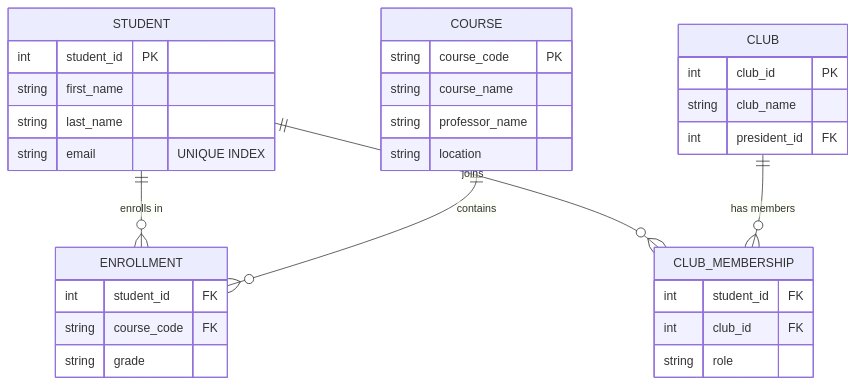
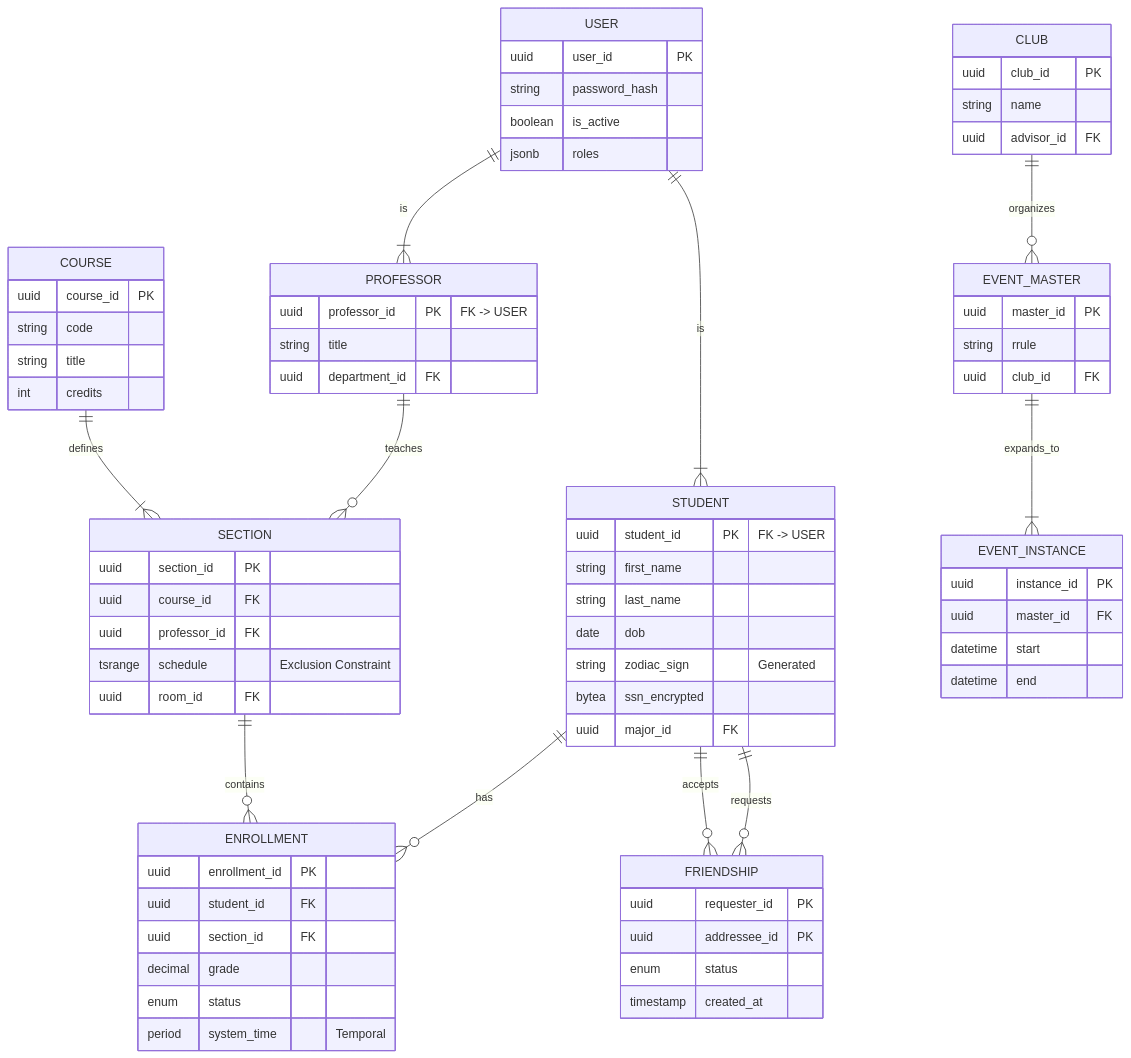
One commit to aguo890/ForgeLaunchJan302026 changed the diagram in docs/database_design_strategy.md. Above: the diagram before and after it, drawn with Mermaid. The commit also changed other lines of this file and 4 other files, not shown here.

````diff
--- a/docs/database_design_strategy.md
+++ b/docs/database_design_strategy.md
@@ -22,35 +233,82 @@
 ```mermaid
 erDiagram
-    STUDENT ||--o{ ENROLLMENT : "enrolls in"
-    COURSE ||--o{ ENROLLMENT : "contains"
-    STUDENT ||--o{ CLUB_MEMBERSHIP : "joins"
-    CLUB ||--o{ CLUB_MEMBERSHIP : "has members"
-
+    %% Identity & RBAC
+    USER {
+        uuid user_id PK
+        string password_hash
+        boolean is_active
+        jsonb roles
+    }
     STUDENT {
-        int student_id PK
+        uuid student_id PK "FK -> USER"
         string first_name
         string last_name
-        string email "UNIQUE INDEX"
+        date dob
+        string zodiac_sign "Generated"
+        bytea ssn_encrypted
+        uuid major_id FK
     }
+    PROFESSOR {
+        uuid professor_id PK "FK -> USER"
+        string title
+        uuid department_id FK
+    }
+
+    %% Academic
     COURSE {
-        string course_code PK
-        string course_name
-        string professor_name
-        string location
+        uuid course_id PK
+        string code
+        string title
+        int credits
+    }
+    SECTION {
+        uuid section_id PK
+        uuid course_id FK
+        uuid professor_id FK
+        tsrange schedule "Exclusion Constraint"
+        uuid room_id FK
     }
     ENROLLMENT {
-        int student_id FK
-        string course_code FK
-        string grade
+        uuid enrollment_id PK
+        uuid student_id FK
+        uuid section_id FK
+        decimal grade
+        enum status
+        period system_time "Temporal"
     }
+
+    %% Social
     CLUB {
-        int club_id PK
-        string club_name
-        int president_id FK
+        uuid club_id PK
+        string name
+        uuid advisor_id FK
     }
-    CLUB_MEMBERSHIP {
-        int student_id FK
-        int club_id FK
-        string role
+    EVENT_MASTER {
+        uuid master_id PK
+        string rrule
+        uuid club_id FK
     }
+    EVENT_INSTANCE {
+        uuid instance_id PK
+        uuid master_id FK
+        datetime start
+        datetime end
+    }
+    FRIENDSHIP {
+        uuid requester_id PK
+        uuid addressee_id PK
+        enum status
+        timestamp created_at
+    }
+
+    USER ||--|{ STUDENT : is
+    USER ||--|{ PROFESSOR : is
+    STUDENT ||--o{ ENROLLMENT : has
+    SECTION ||--o{ ENROLLMENT : contains
+    PROFESSOR ||--o{ SECTION : teaches
+    COURSE ||--|{ SECTION : defines
+    CLUB ||--o{ EVENT_MASTER : organizes
+    EVENT_MASTER ||--|{ EVENT_INSTANCE : expands_to
+    STUDENT ||--o{ FRIENDSHIP : requests
+    STUDENT ||--o{ FRIENDSHIP : accepts
 ```
````
